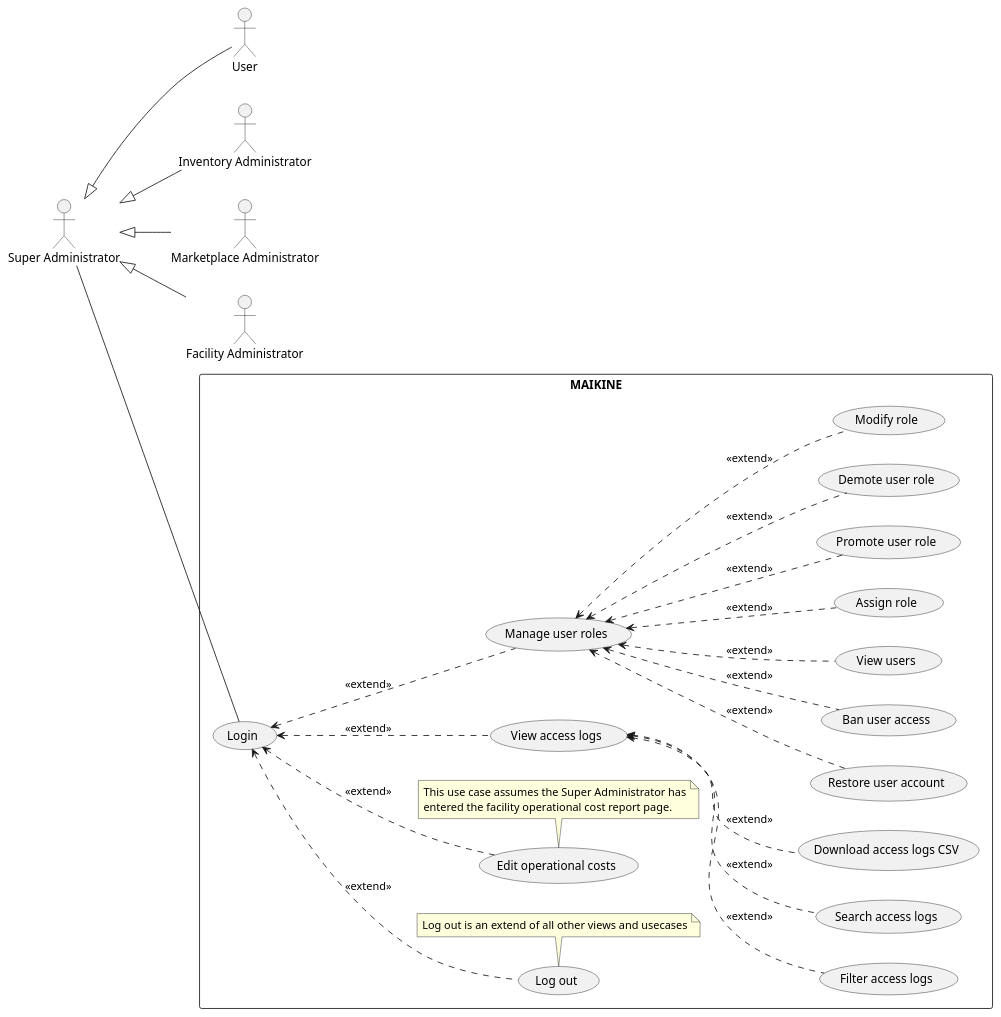
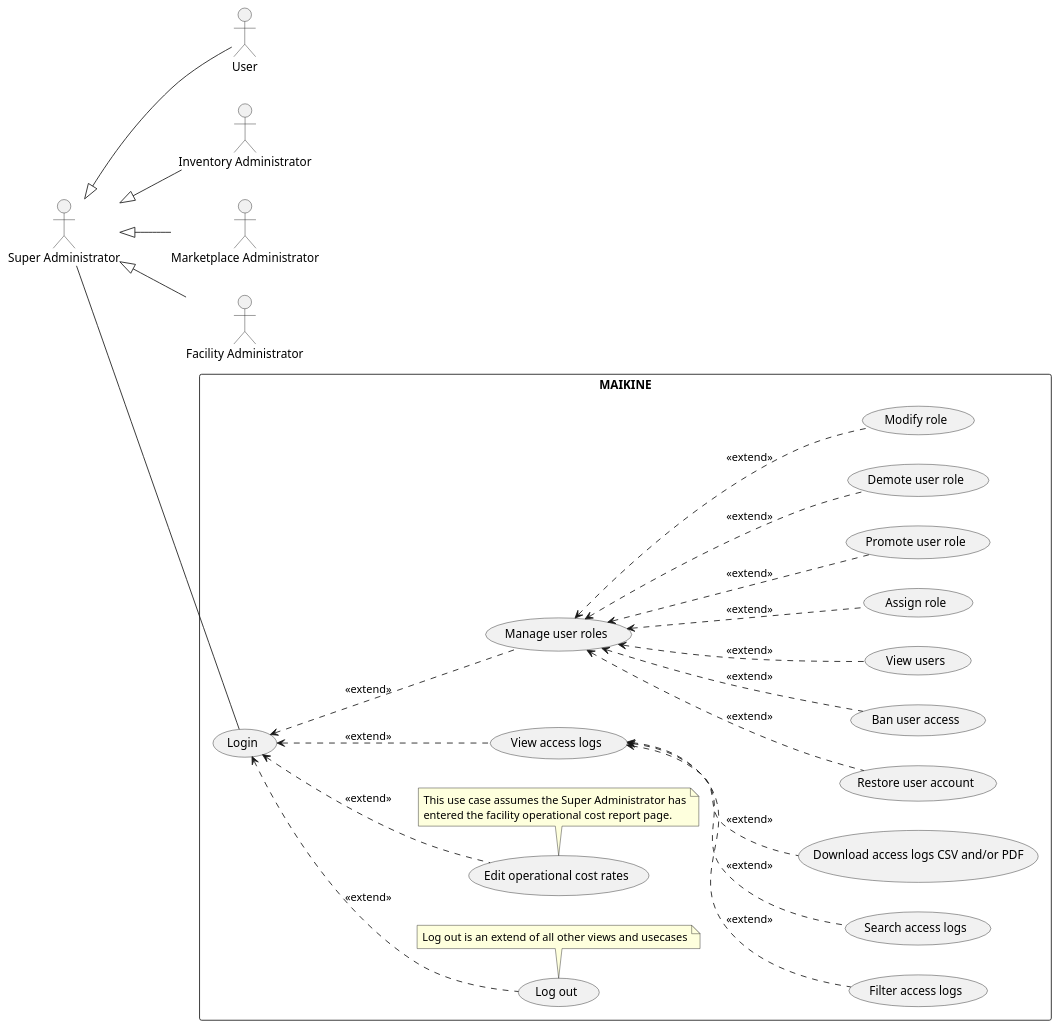
The diagram in usecaseDiagrams/Super_Administrator_Diagram.puml (JanPerez35/PlantUML), drawn with PlantUML before and after one commit. The commit also changed 26 other files, not shown here.

Commit message:
Updates use case diagrams and activity diagrams

```diff
--- a/usecaseDiagrams/Super_Administrator_Diagram.puml
+++ b/usecaseDiagrams/Super_Administrator_Diagram.puml
@@ -1,73 +1,73 @@
 @startuml
 left to right direction
 skinparam packageStyle rectangle
 
 actor User
 actor "Inventory Administrator" as InventoryAdmin
 actor "Marketplace Administrator" as MarketplaceAdmin
 actor "Facility Administrator" as FacilityAdmin
 actor "Super Administrator" as SiteAdmin
 
 SiteAdmin <|-- User
 SiteAdmin <|-- InventoryAdmin
 SiteAdmin <|-- MarketplaceAdmin
 SiteAdmin <|-- FacilityAdmin
 
 rectangle MAIKINE {
 
   
     usecase "Login" as UC_Login
     usecase "Log out" as UC_Logout
     usecase "Restore user account" as UC_RestoreUser
     usecase "Ban user access" as UC_BanUser
     usecase "View access logs" as UC_ViewLogs
     usecase "Manage user roles" as UC_ManageRoles
-    usecase "Edit operational costs" as UC_EditCost
+    usecase "Edit operational cost rates" as UC_EditCost
   
     
     usecase "Filter access logs" as UC_FilterLogs
     usecase "Search access logs" as UC_SearchLogs
-    usecase "Download access logs CSV" as UC_DownloadLogs
+    usecase "Download access logs CSV and/or PDF" as UC_DownloadLogs
 
   
     usecase "View users" as UC_ViewUsers
     usecase "Assign role" as UC_AssignRole
     usecase "Promote user role" as UC_PromoteRole
     usecase "Demote user role" as UC_DemoteRole
     usecase "Modify role" as UC_RemoveRole
 
     note bottom of (UC_Logout)
   Log out is an extend of all other views and usecases
   end note
 
    note bottom of (UC_EditCost)
    This use case assumes the Super Administrator has
    entered the facility operational cost report page.
    end note
   
 }
 
 SiteAdmin -- UC_Login
 UC_Login <.. UC_Logout :<<extend>>
 UC_Login <.. UC_ViewLogs : <<extend>>
 UC_Login <.. UC_ManageRoles : <<extend>>
 UC_Login <.. UC_EditCost : <<extend>>
 
 
 
 UC_ViewLogs <.. UC_SearchLogs : <<extend>>
 UC_ViewLogs <.. UC_DownloadLogs : <<extend>>
 UC_ViewLogs <.. UC_FilterLogs : <<extend>>
 
 
 UC_ManageRoles <.. UC_ViewUsers : <<extend>>
 UC_ManageRoles <.. UC_AssignRole : <<extend>>
 UC_ManageRoles <.. UC_PromoteRole : <<extend>>
 UC_ManageRoles <.. UC_DemoteRole : <<extend>>
 UC_ManageRoles <.. UC_RemoveRole : <<extend>>
 UC_ManageRoles <.. UC_BanUser : <<extend>>
 UC_ManageRoles <.. UC_RestoreUser : <<extend>>
 
 
 
 @enduml
```
